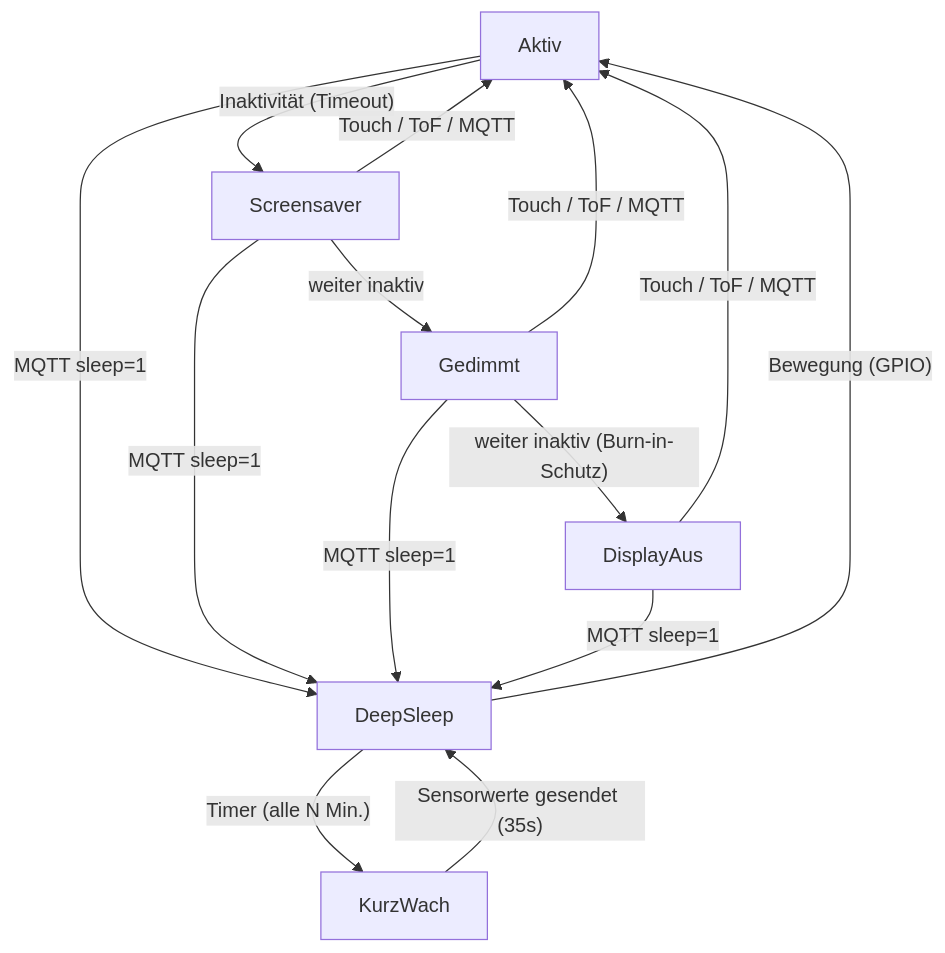
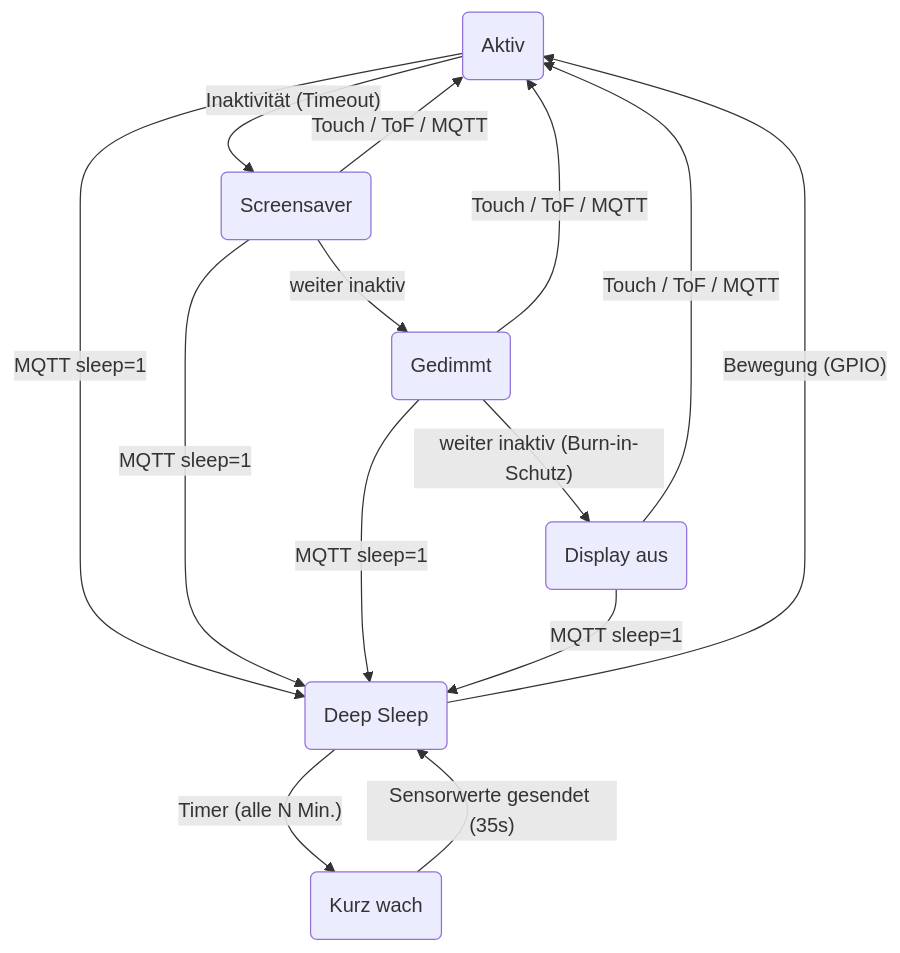
One commit to Holzmusik/MiraiPanel changed the first of 2 diagrams in README.md. Above: the diagram before and after it, drawn with Mermaid. The commit also changed other lines of this file, not shown here.

Commit message:
Beide Diagramme auf abgerundete Knoten umgestellt
Mermaid: [...] = scharfe Ecken, (...) = abgerundet. Beide Flowcharts
(Screensaver/Sleep + Architektur) jetzt einheitlich mit runden Klammern.

````diff
--- a/README.md
+++ b/README.md
@@ -80,19 +80,19 @@
 ```mermaid
 flowchart TD
-    Aktiv -->|"Inaktivität (Timeout)"| Screensaver
-    Screensaver -->|"weiter inaktiv"| Gedimmt
-    Gedimmt -->|"weiter inaktiv (Burn-in-Schutz)"| DisplayAus
+    Aktiv("Aktiv") -->|"Inaktivität (Timeout)"| Screensaver("Screensaver")
+    Screensaver -->|"weiter inaktiv"| Gedimmt("Gedimmt")
+    Gedimmt -->|"weiter inaktiv (Burn-in-Schutz)"| DisplayAus("Display aus")
 
-    Aktiv -->|"MQTT sleep=1"| DeepSleep
+    Aktiv -->|"MQTT sleep=1"| DeepSleep("Deep Sleep")
     Screensaver -->|"MQTT sleep=1"| DeepSleep
     Gedimmt -->|"MQTT sleep=1"| DeepSleep
     DisplayAus -->|"MQTT sleep=1"| DeepSleep
 
-    DeepSleep -->|"Timer (alle N Min.)"| KurzWach
+    DeepSleep -->|"Timer (alle N Min.)"| KurzWach("Kurz wach")
     KurzWach -->|"Sensorwerte gesendet (35s)"| DeepSleep
     DeepSleep -->|"Bewegung (GPIO)"| Aktiv
 
     Screensaver -->|"Touch / ToF / MQTT"| Aktiv
     Gedimmt -->|"Touch / ToF / MQTT"| Aktiv
     DisplayAus -->|"Touch / ToF / MQTT"| Aktiv
 ```
````
